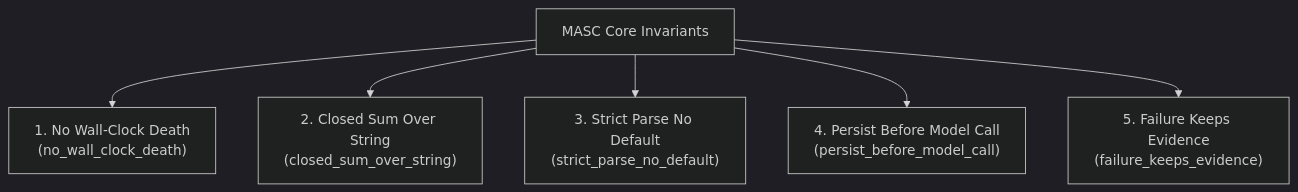
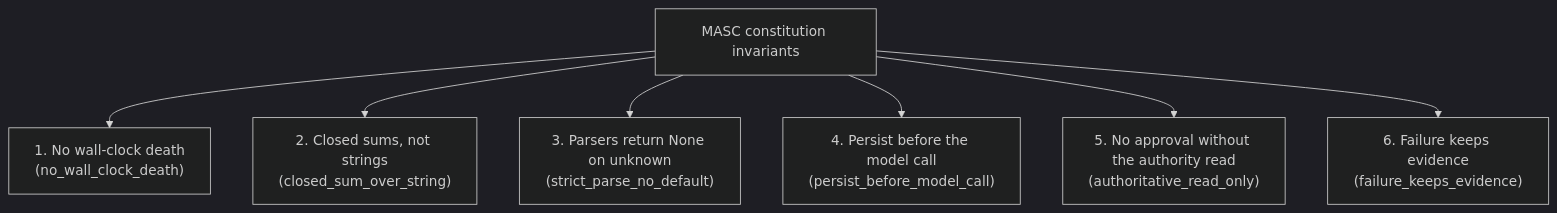
One commit to jeong-sik/masc changed the diagram in docs-site/src/content/docs/architecture/constitution.md. Above: the diagram before and after it, drawn with Mermaid (dark theme). The commit also changed other lines of this file and 17 other files, not shown here.

First line of the commit message:
docs(site): correct the architecture pages against the constitution and live code

````diff
--- a/docs-site/src/content/docs/architecture/constitution.md
+++ b/docs-site/src/content/docs/architecture/constitution.md
@@ -12,9 +12,10 @@
 ```mermaid
 flowchart TD
-    ROOT["MASC Core Invariants"]
-    ROOT --> P1["1. No Wall-Clock Death<br/>(no_wall_clock_death)"]
-    ROOT --> P2["2. Closed Sum Over String<br/>(closed_sum_over_string)"]
-    ROOT --> P3["3. Strict Parse No Default<br/>(strict_parse_no_default)"]
-    ROOT --> P4["4. Persist Before Model Call<br/>(persist_before_model_call)"]
-    ROOT --> P5["5. Failure Keeps Evidence<br/>(failure_keeps_evidence)"]
+    ROOT["MASC constitution invariants"]
+    ROOT --> P1["1. No wall-clock death<br/>(no_wall_clock_death)"]
+    ROOT --> P2["2. Closed sums, not strings<br/>(closed_sum_over_string)"]
+    ROOT --> P3["3. Parsers return None on unknown<br/>(strict_parse_no_default)"]
+    ROOT --> P4["4. Persist before the model call<br/>(persist_before_model_call)"]
+    ROOT --> P5["5. No approval without the authority read<br/>(authoritative_read_only)"]
+    ROOT --> P6["6. Failure keeps evidence<br/>(failure_keeps_evidence)"]
 ```
````
